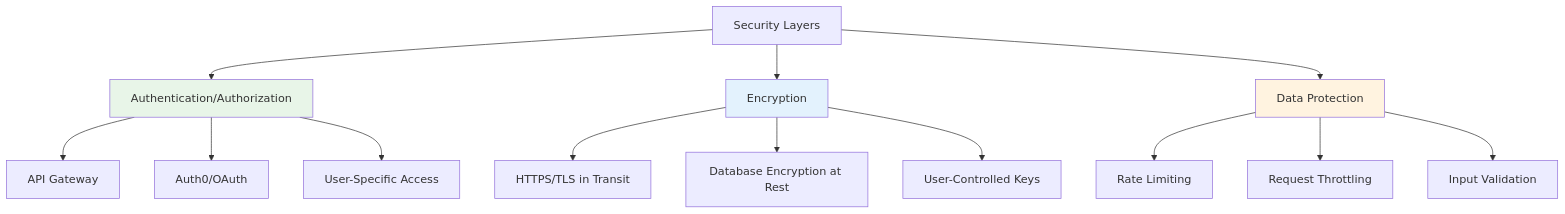
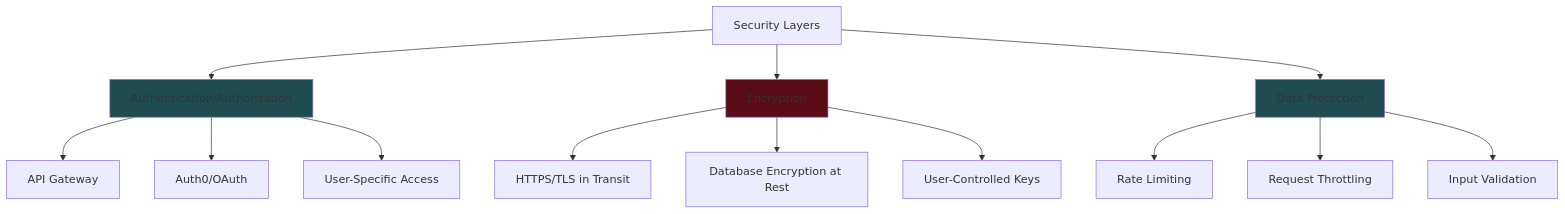
Before and after one commit to ahmedrzakhan/system-design-notes: diagram 14 of 21 in fundamentals/core_concepts.md, drawn with Mermaid. The commit also changed other lines of this file, not shown here.

````diff
--- a/fundamentals/core_concepts.md
+++ b/fundamentals/core_concepts.md
@@ -371,22 +371,22 @@
 ```mermaid
 graph TD
     A[Security Layers] --> B[Authentication/Authorization]
     A --> C[Encryption]
     A --> D[Data Protection]
 
     B --> B1[API Gateway]
     B --> B2[Auth0/OAuth]
     B --> B3[User-Specific Access]
 
     C --> C1[HTTPS/TLS in Transit]
     C --> C2[Database Encryption at Rest]
     C --> C3[User-Controlled Keys]
 
     D --> D1[Rate Limiting]
     D --> D2[Request Throttling]
     D --> D3[Input Validation]
 
-    style B fill:#e8f5e8
-    style C fill:#e3f2fd
-    style D fill:#fff3e0
+    style B fill:#1E4C50
+    style C fill:#5A0D16
+    style D fill:#1E4C50
 ```
````
